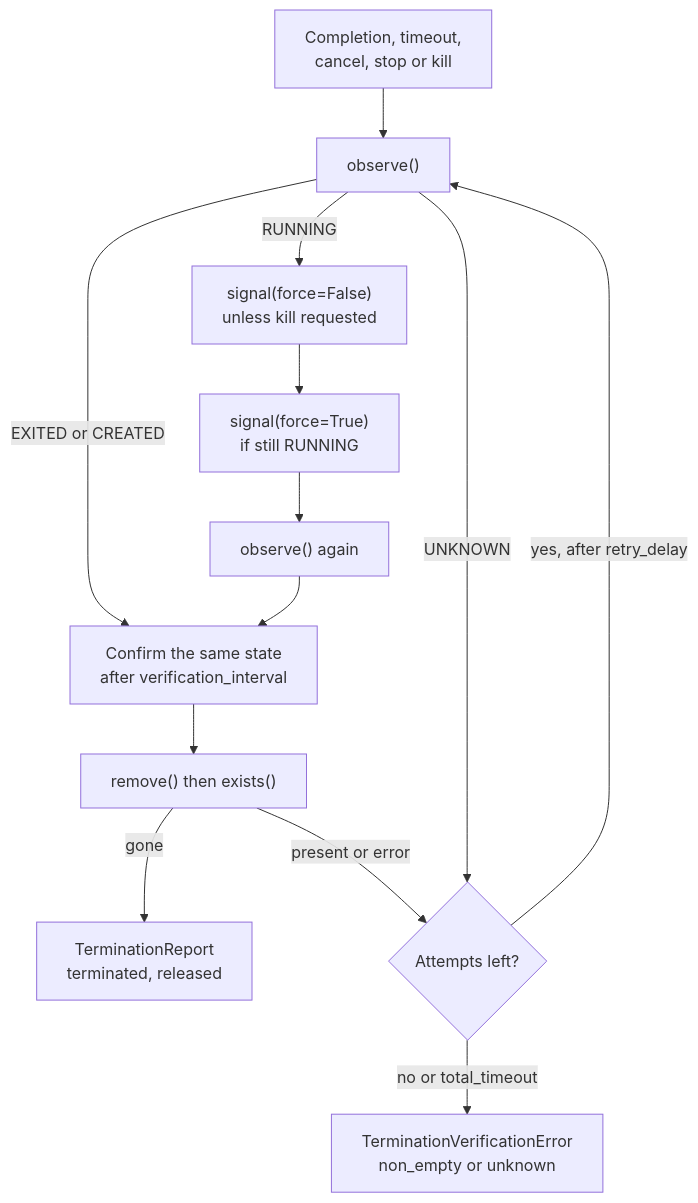
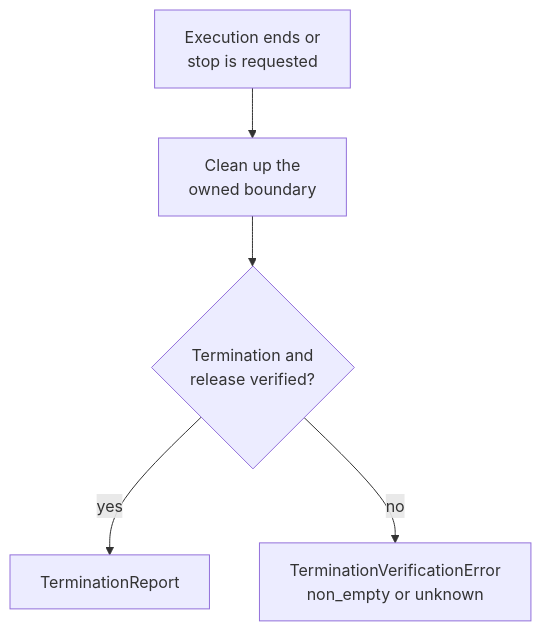
The diagram in diagrams/termination-engine.mmd (smuniharish/isolattice), drawn with Mermaid before and after one commit. The commit also changed 28 other files, not shown here.

```diff
--- a/diagrams/termination-engine.mmd
+++ b/diagrams/termination-engine.mmd
@@ -1,13 +1,5 @@
 flowchart TD
-    Trigger["Completion, timeout,<br/>cancel, stop or kill"] --> Observe["observe()"]
-    Observe -->|RUNNING| Graceful["signal(force=False)<br/>unless kill requested"]
-    Graceful --> Force["signal(force=True)<br/>if still RUNNING"]
-    Force --> Observe2["observe() again"]
-    Observe -->|EXITED or CREATED| Confirm["Confirm the same state<br/>after verification_interval"]
-    Observe2 --> Confirm
-    Confirm --> Release["remove() then exists()"]
-    Release -->|gone| Done["TerminationReport<br/>terminated, released"]
-    Release -->|present or error| Retry{"Attempts left?"}
-    Observe -->|UNKNOWN| Retry
-    Retry -->|yes, after retry_delay| Observe
-    Retry -->|no or total_timeout| Fail["TerminationVerificationError<br/>non_empty or unknown"]
+    Trigger["Execution ends or<br/>stop is requested"] --> Cleanup["Clean up the<br/>owned boundary"]
+    Cleanup --> Evidence{"Termination and<br/>release verified?"}
+    Evidence -->|yes| Done["TerminationReport"]
+    Evidence -->|no| Fail["TerminationVerificationError<br/>non_empty or unknown"]
```
